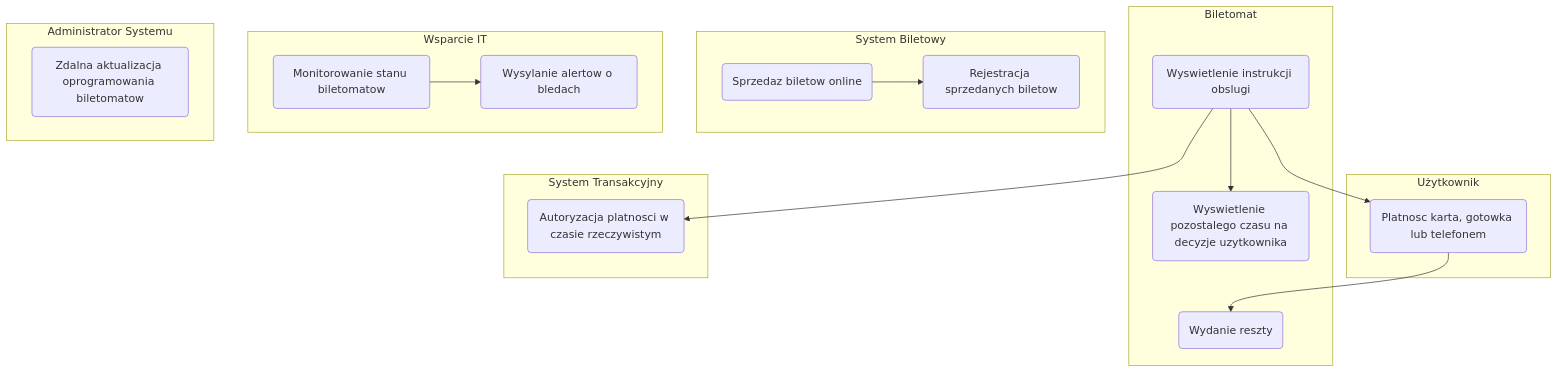
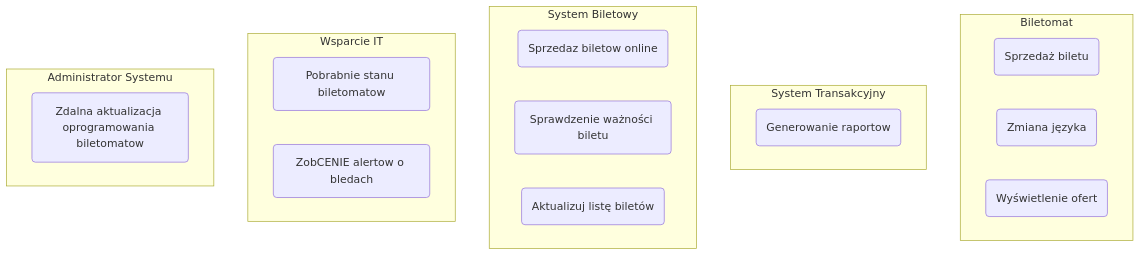
Before and after one commit to UserNotFoundXEption/MWO: the diagram in Use Case/diagram.mmd, drawn with Mermaid.

Commit message:
Issue #21: Aktualizacja diagramow usecase

````diff
--- a/Use Case/diagram.mmd
+++ b/Use Case/diagram.mmd
@@ -1,38 +1,26 @@
-```mermaid
 flowchart TD
 
-subgraph Uzytkownik ["Użytkownik"]
-    A1(Platnosc karta, gotowka lub telefonem)
-end
-
 subgraph Biletomat ["Biletomat"]
-    B1(Wydanie reszty)
-    B2(Wyswietlenie instrukcji obslugi)
-    B3(Wyswietlenie pozostalego czasu na decyzje uzytkownika)
+    B1(Sprzedaż biletu)
+    B2(Zmiana języka)
+    B3(Wyświetlenie ofert)
 end
 
 subgraph SystemTransakcyjny ["System Transakcyjny"]
-    C1(Autoryzacja platnosci w czasie rzeczywistym)
+    C1(Generowanie raportow)
 end
 
 subgraph SystemBiletowy ["System Biletowy"]
     D1(Sprzedaz biletow online)
-    D2(Rejestracja sprzedanych biletow)
+    D2(Sprawdzenie ważności biletu)
+    D3(Aktualizuj listę biletów)
 end
 
 subgraph SystemWsparciaTechnicznego ["Wsparcie IT"]
-    E1(Monitorowanie stanu biletomatow)
-    E2(Wysylanie alertow o bledach)
+    E1(Pobrabnie stanu biletomatow)
+    E2(ZobCENIE alertow o bledach)
 end
 
 subgraph Administrator ["Administrator Systemu"]
     F1(Zdalna aktualizacja oprogramowania biletomatow)
 end
-
-A1 --> B1
-B2 --> B3
-B2 --> A1
-B2 --> C1
-D1 --> D2
-E1 --> E2
-```
````
